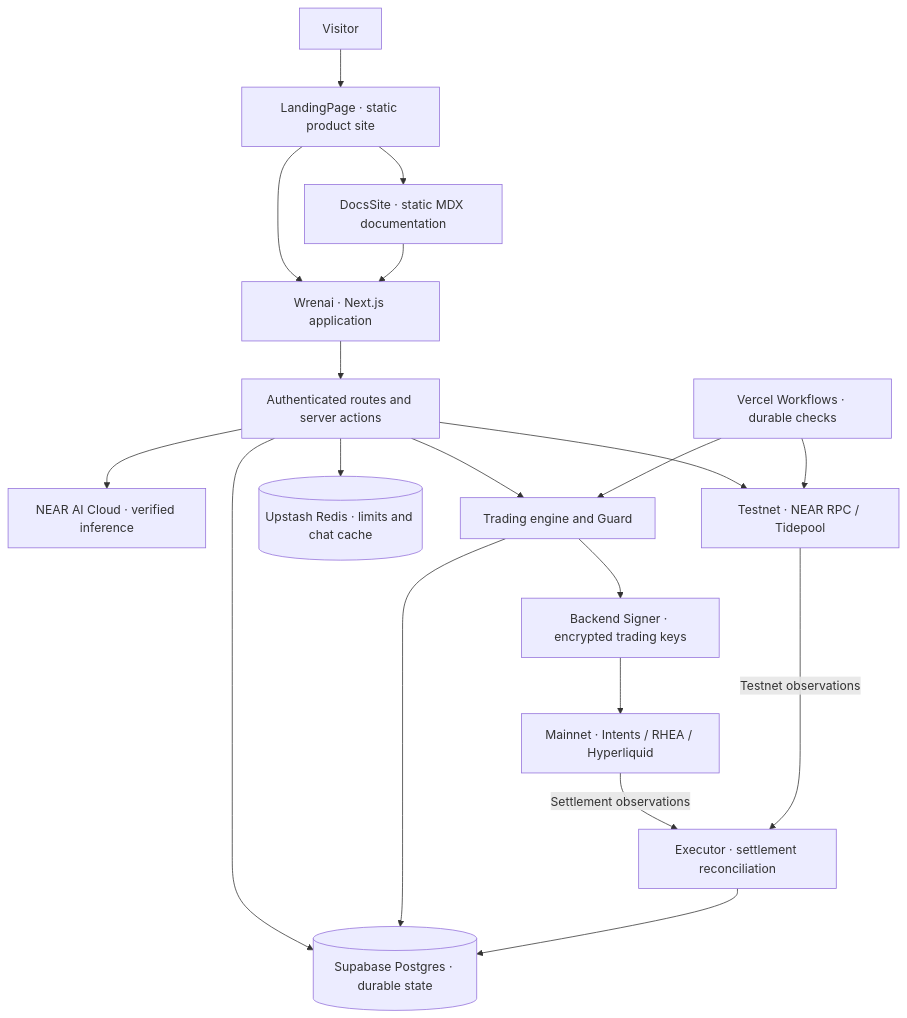
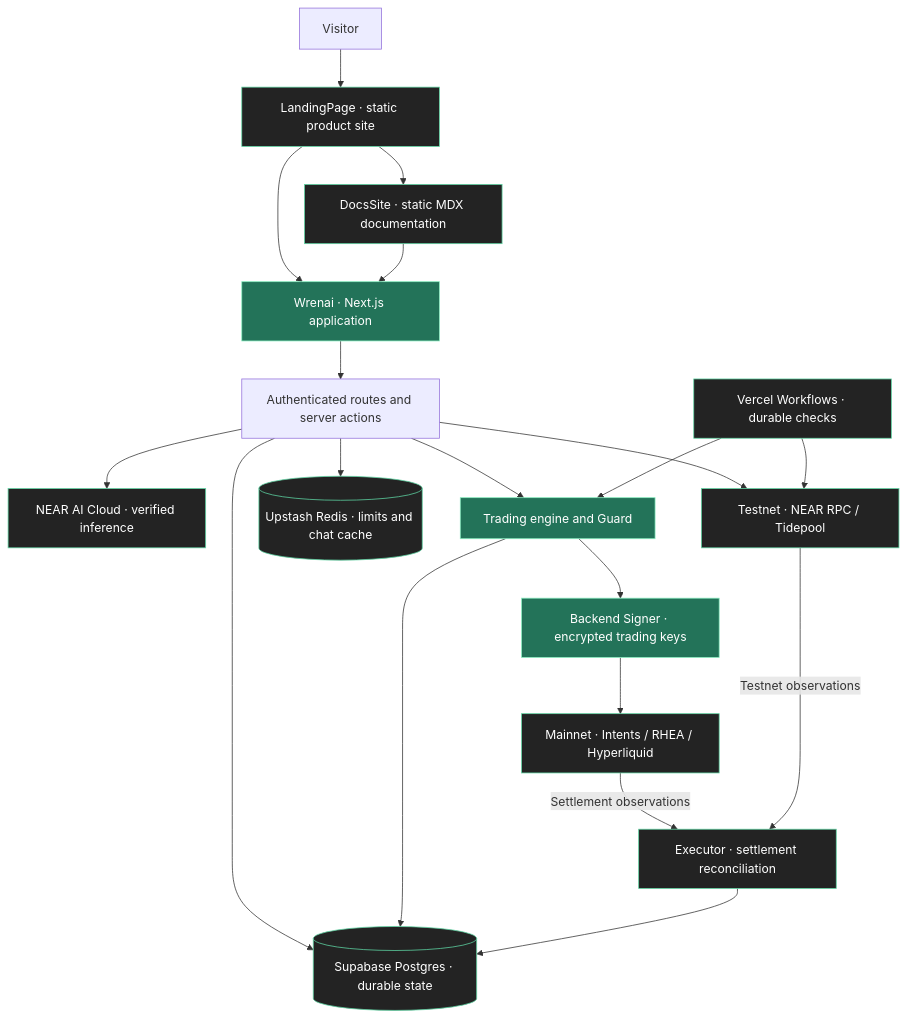
Before and after one commit to ikarn-dev/Wrenai: the first of 2 diagrams in README.md, drawn with Mermaid. The commit also changed other lines of this file and 4 other files, not shown here.

````diff
--- a/README.md
+++ b/README.md
@@ -50,36 +100,41 @@
 ```mermaid
 flowchart TB
     Visitor[Visitor]
     Landing["LandingPage · static product site"]
     Docs["DocsSite · static MDX documentation"]
     App["Wrenai · Next.js application"]
     API["Authenticated routes and server actions"]
     AI["NEAR AI Cloud · verified inference"]
     Engine["Trading engine and Guard"]
     Workflows["Vercel Workflows · durable checks"]
     Signer["Backend Signer · encrypted trading keys"]
     PG[("Supabase Postgres · durable state")]
     Redis[("Upstash Redis · limits and chat cache")]
     Venues["Mainnet · Intents / RHEA / Hyperliquid"]
     Testnet["Testnet · NEAR RPC / Tidepool"]
     Reconcile["Executor · settlement reconciliation"]
 
     Visitor --> Landing
     Landing --> App
     Landing --> Docs
     Docs --> App
     App --> API
     API --> AI
     API --> PG
     API --> Redis
     API --> Engine
     Workflows --> Engine
     Engine --> PG
     Engine --> Signer
     Signer --> Venues
     API --> Testnet
     Workflows --> Testnet
     Venues -->|Settlement observations| Reconcile
     Testnet -->|Testnet observations| Reconcile
     Reconcile --> PG
+
+    classDef accent fill:#237359,stroke:#89EDC0,color:#FFFFFF
+    classDef surface fill:#232323,stroke:#5FD6A4,color:#FFFFFF
+    class App,Engine,Signer accent
+    class Landing,Docs,AI,Workflows,PG,Redis,Venues,Testnet,Reconcile surface
 ```
````
